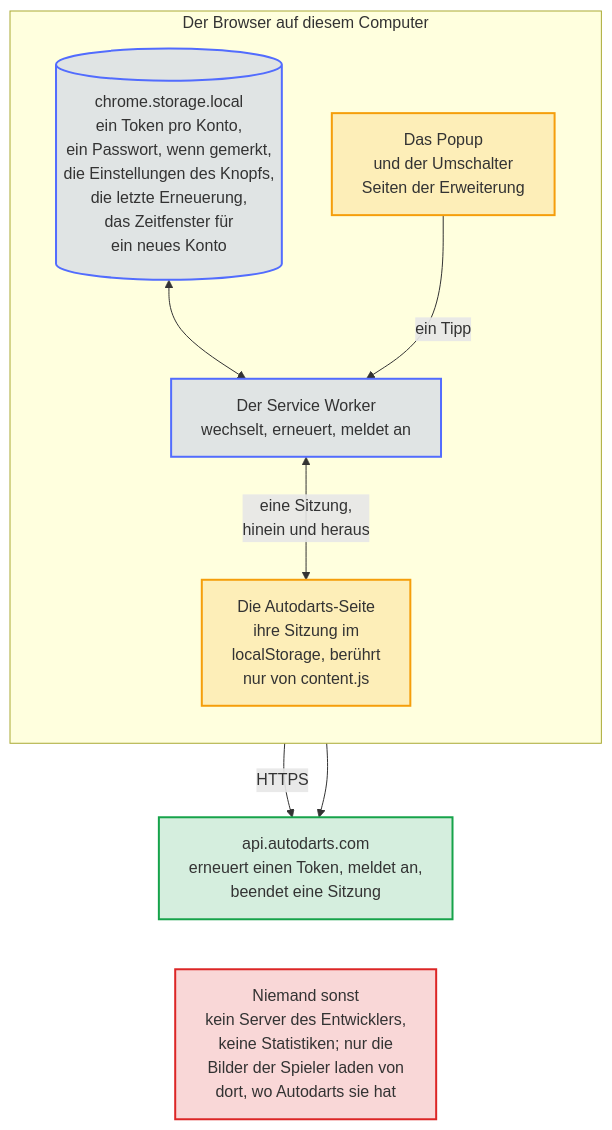
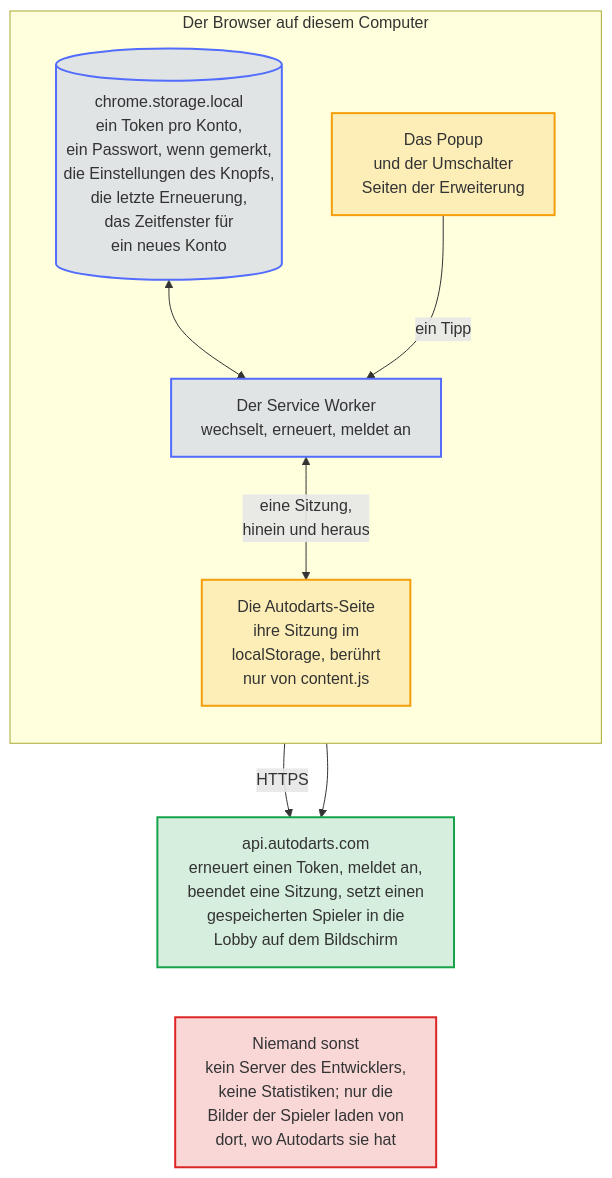
Before and after one commit to Dennis-Otto/player-switch-for-autodarts: the diagram in docs/diagrams/data-flow.de.mmd, drawn with Mermaid. The commit also changed 46 other files, not shown here.

```diff
--- a/docs/diagrams/data-flow.de.mmd
+++ b/docs/diagrams/data-flow.de.mmd
@@ -1,34 +1,34 @@
 ---
 config:
   flowchart:
     wrappingWidth: 400
 ---
 flowchart TB
     accTitle: Wohin die Daten gehen
-    accDescr: Alles bleibt im Browser auf diesem Computer. Das Popup und der Umschalter fragen den Service Worker, der in chrome.storage.local einen Token pro Konto behält, ein Passwort nur, wenn eines gemerkt ist, die Einstellungen des Knopfs, die Zeit der letzten Erneuerung, ob Autodarts dabei jedes Konto abgewiesen hat, und bis wann ein neues Konto hinzugefügt wird. Er bringt eine Sitzung in die Autodarts-Seite und liest die ausgehende nur über content.js aus ihr, das einzige Skript, das die Sitzung im localStorage der Seite liest oder schreibt. Um einen Token zu erneuern, mit einem Passwort anzumelden oder eine Sitzung zu beenden, spricht er über HTTPS mit api.autodarts.com, demselben Dienst, den die Autodarts-Seite selbst nutzt. Das Popup und der Umschalter zeigen das Bild jedes Spielers von der Adresse, die Autodarts dafür angibt. Sonst geht nichts irgendwohin: kein Server des Entwicklers, keine Statistiken; Hilfe und Problem melden öffnen nur eine Seite in einem neuen Tab.
+    accDescr: Alles bleibt im Browser auf diesem Computer. Das Popup und der Umschalter fragen den Service Worker, der in chrome.storage.local einen Token pro Konto behält, ein Passwort nur, wenn eines gemerkt ist, die Einstellungen des Knopfs, die Zeit der letzten Erneuerung, ob Autodarts dabei jedes Konto abgewiesen hat, und bis wann ein neues Konto hinzugefügt wird. Er bringt eine Sitzung in die Autodarts-Seite und liest die ausgehende nur über content.js aus ihr, das einzige Skript, das die Sitzung im localStorage der Seite liest oder schreibt. Um einen Token zu erneuern, mit einem Passwort anzumelden, eine Sitzung zu beenden oder einen gespeicherten Spieler in die Lobby auf dem Bildschirm zu setzen, mit einem frischen Token, dem Benutzernamen und der Konto-ID dieses Spielers, spricht er über HTTPS mit api.autodarts.com, demselben Dienst, den die Autodarts-Seite selbst nutzt. Das Popup und der Umschalter zeigen das Bild jedes Spielers von der Adresse, die Autodarts dafür angibt. Sonst geht nichts irgendwohin: kein Server des Entwicklers, keine Statistiken; Hilfe und Problem melden öffnen nur eine Seite in einem neuen Tab.
 
     subgraph computer ["Der Browser auf diesem Computer"]
         direction TB
         ui["Das Popup<br>und der Umschalter<br>Seiten der Erweiterung"]
         worker["Der Service Worker<br>wechselt, erneuert, meldet an"]
         storage[("chrome.storage.local<br>ein Token pro Konto,<br>ein Passwort, wenn gemerkt,<br>die Einstellungen des Knopfs,<br>die letzte Erneuerung,<br>das Zeitfenster für<br>ein neues Konto")]
         page["Die Autodarts-Seite<br>ihre Sitzung im<br>localStorage, berührt<br>nur von content.js"]
         storage <--> worker
         ui -- "ein Tipp" --> worker
         worker <-- "eine Sitzung,<br>hinein und heraus" --> page
     end
-    api["api.autodarts.com<br>erneuert einen Token, meldet an,<br>beendet eine Sitzung"]
+    api["api.autodarts.com<br>erneuert einen Token, meldet an,<br>beendet eine Sitzung, setzt einen<br>gespeicherten Spieler in die<br>Lobby auf dem Bildschirm"]
     nobody["Niemand sonst<br>kein Server des Entwicklers,<br>keine Statistiken; nur die<br>Bilder der Spieler laden von<br>dort, wo Autodarts sie hat"]
 
     worker -- "HTTPS" --> api
     page --> api
     api ~~~ nobody
 
     classDef bot fill:#526cfe2e,stroke:#526cfe,stroke-width:2px
     classDef done fill:#16a34a2e,stroke:#16a34a,stroke-width:2px
     classDef person fill:#f59e0b2e,stroke:#f59e0b,stroke-width:2px
     classDef failed fill:#dc26262e,stroke:#dc2626,stroke-width:2px
     class ui,page person
     class worker,storage bot
     class api done
     class nobody failed
```
